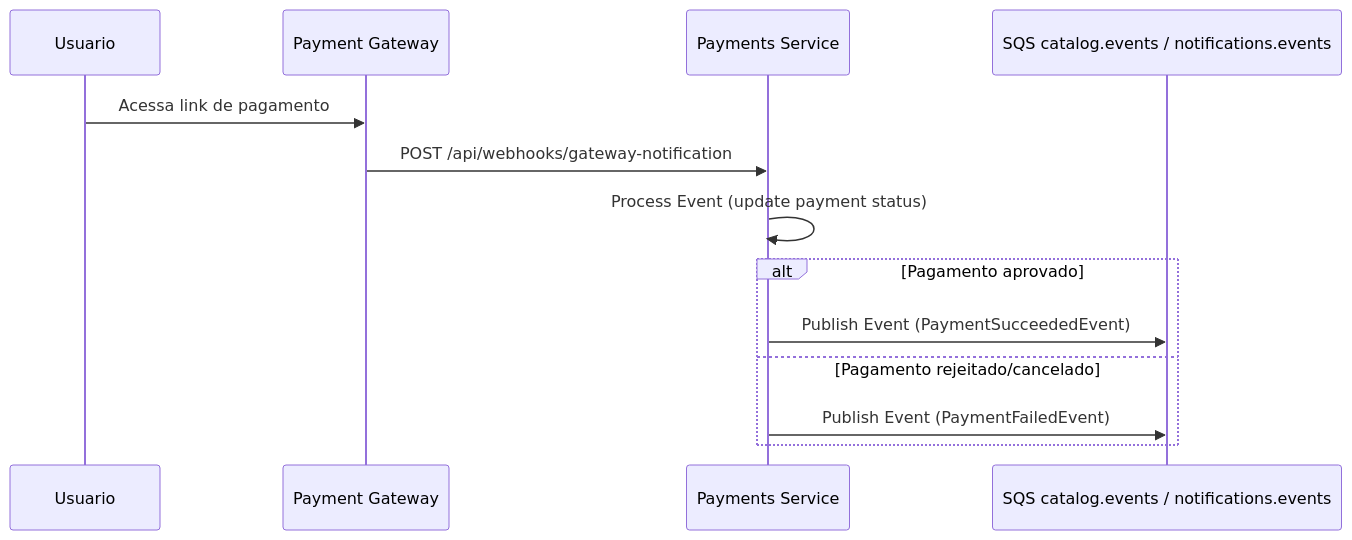
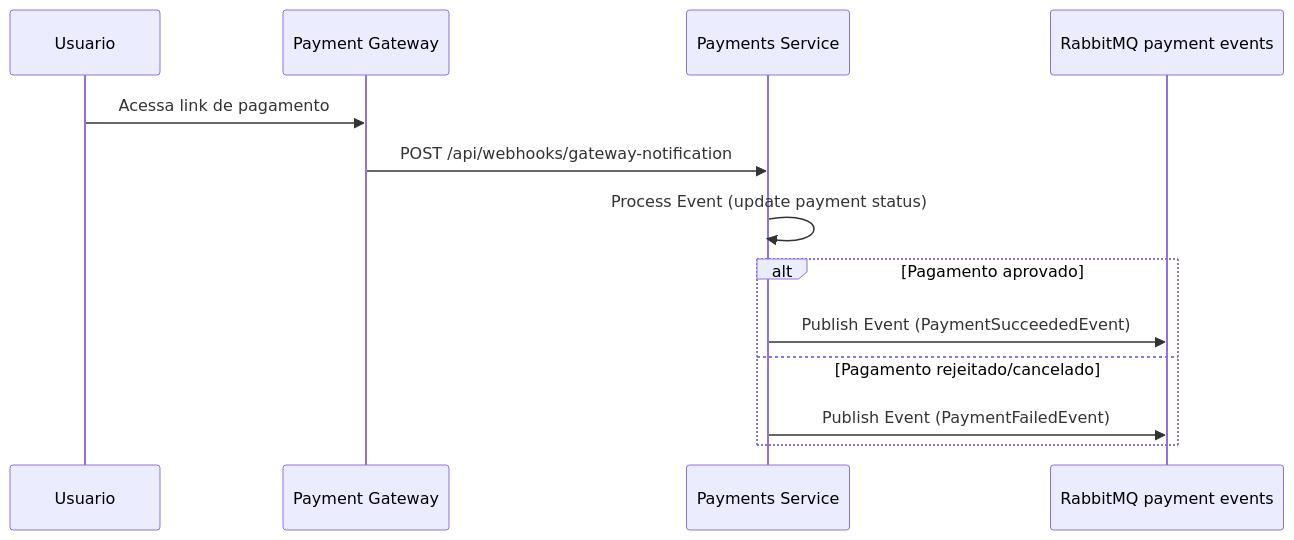
One commit to louresb/cloud-games-fase-4-payments changed the fourth of 5 diagrams in README.md. Above: the diagram before and after it, drawn with Mermaid. The commit also changed other lines of this file and 5 other files, not shown here.

````diff
--- a/README.md
+++ b/README.md
@@ -117,16 +111,16 @@
 ```mermaid
 sequenceDiagram
     participant User as Usuario
     participant Gateway as Payment Gateway
     participant Payments as Payments Service
-    participant SQSEvents as SQS catalog.events / notifications.events
+    participant Events as RabbitMQ payment events
 
     User->>Gateway: Acessa link de pagamento
     Gateway->>Payments: POST /api/webhooks/gateway-notification
     Payments->>Payments: Process Event (update payment status)
     alt Pagamento aprovado
-        Payments->>SQSEvents: Publish Event (PaymentSucceededEvent)
+        Payments->>Events: Publish Event (PaymentSucceededEvent)
     else Pagamento rejeitado/cancelado
-        Payments->>SQSEvents: Publish Event (PaymentFailedEvent)
+        Payments->>Events: Publish Event (PaymentFailedEvent)
     end
 ```
````
